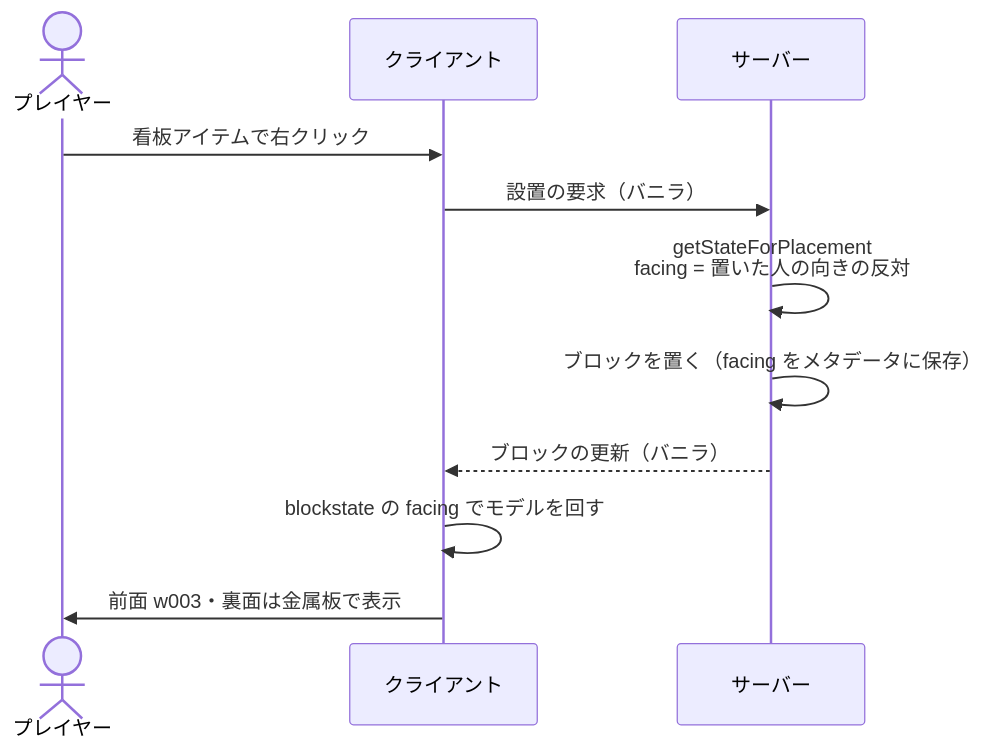
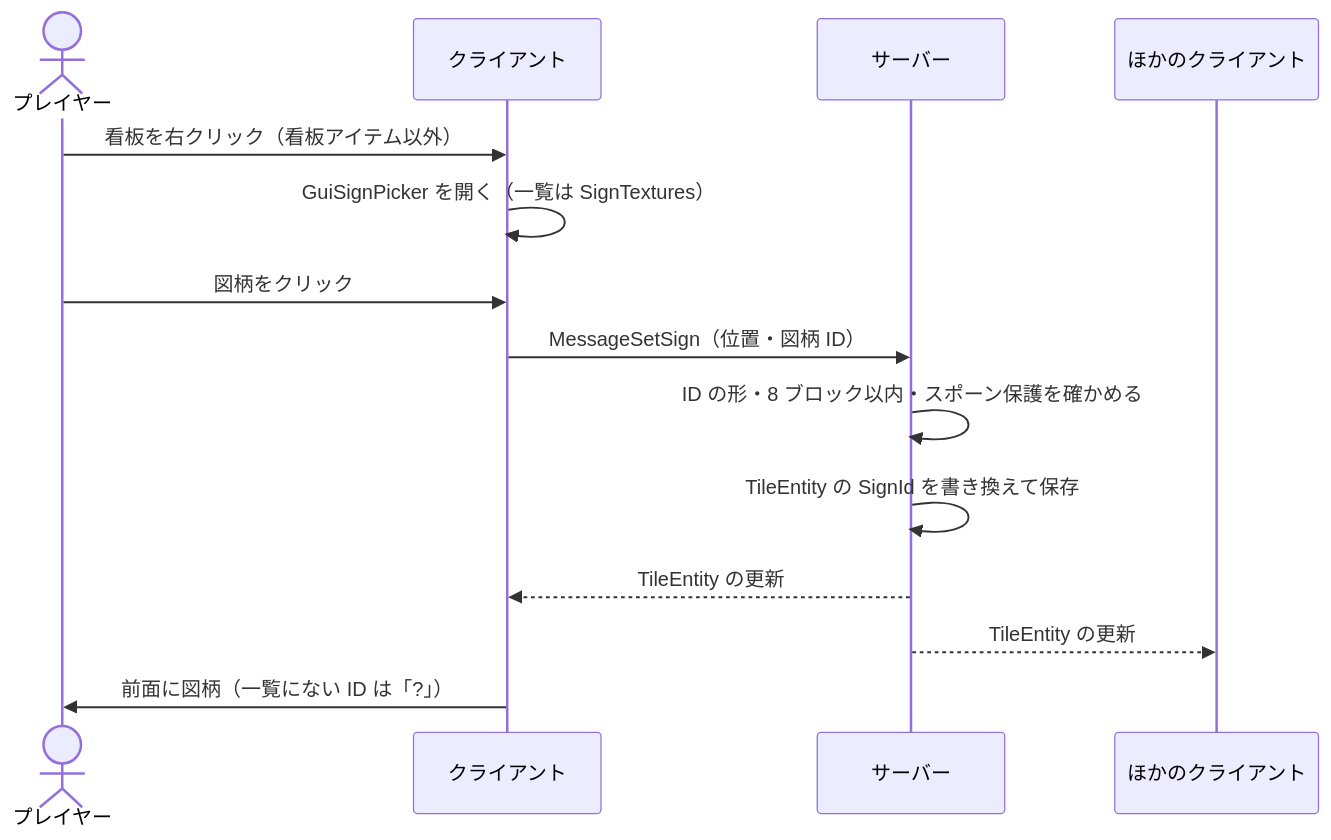
One commit to zeusisgood/safetysigns changed the second of 2 diagrams in doc/architecture.md. Above: the diagram before and after it, drawn with Mermaid. The commit also changed other lines of this file and 49 other files, not shown here.

First line of the commit message:
Add sign definitions, sign NBT and the pattern picker GUI

````diff
--- a/doc/architecture.md
+++ b/doc/architecture.md
@@ -49,13 +70,16 @@
 ```mermaid
 sequenceDiagram
     actor P as プレイヤー
     participant C as クライアント
     participant S as サーバー
-    P->>C: 看板アイテムで右クリック
-    C->>S: 設置の要求（バニラ）
-    S->>S: getStateForPlacement<br/>facing = 置いた人の向きの反対
-    S->>S: ブロックを置く（facing をメタデータに保存）
-    S-->>C: ブロックの更新（バニラ）
-    C->>C: blockstate の facing でモデルを回す
-    C->>P: 前面 w003・裏面は金属板で表示
+    participant O as ほかのクライアント
+    P->>C: 看板を右クリック（看板アイテム以外）
+    C->>C: GuiSignPicker を開く（一覧は SignTextures）
+    P->>C: 図柄をクリック
+    C->>S: MessageSetSign（位置・図柄 ID）
+    S->>S: ID の形・8 ブロック以内・スポーン保護を確かめる
+    S->>S: TileEntity の SignId を書き換えて保存
+    S-->>C: TileEntity の更新
+    S-->>O: TileEntity の更新
+    C->>P: 前面に図柄（一覧にない ID は「?」）
 ```
````
